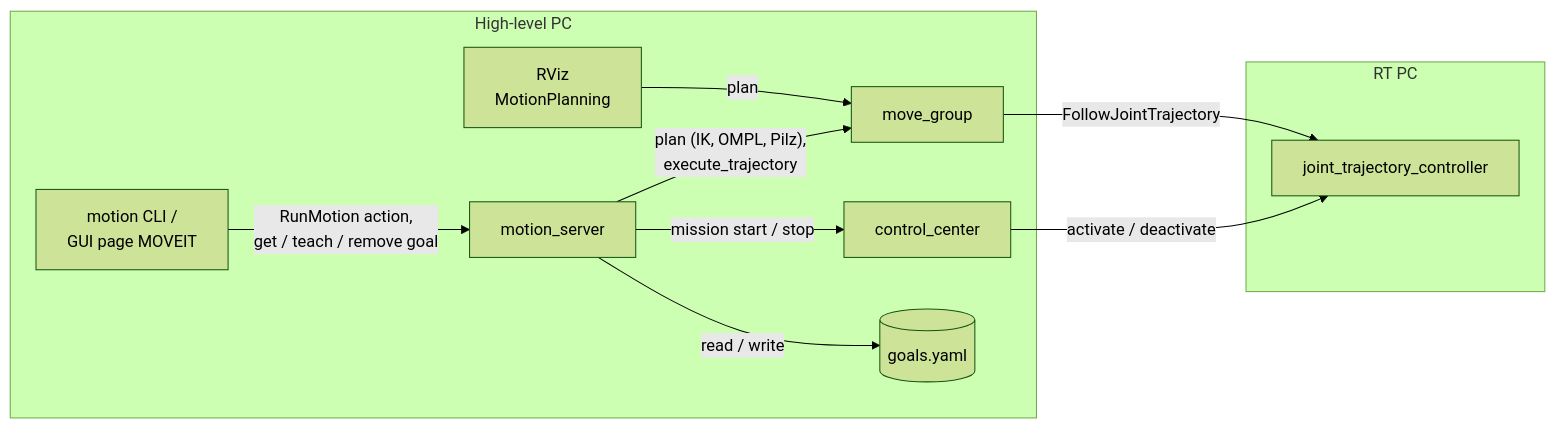
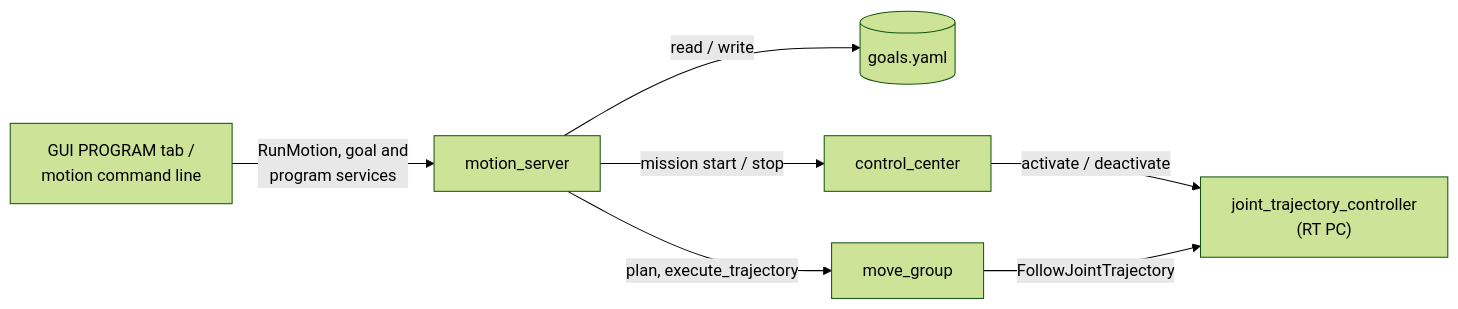
One commit to ruben01egle/robotarm_core changed the diagram in src/robotarm_motion/README.md. Above: the diagram before and after it, drawn with Mermaid (forest theme). The commit also changed other lines of this file and 3 other files, not shown here.

First line of the commit message:
Rewrite the MoveIt and robotarm_motion READMEs as short references

````diff
--- a/src/robotarm_motion/README.md
+++ b/src/robotarm_motion/README.md
@@ -31,21 +24,9 @@
 ```mermaid
 flowchart LR
-    subgraph HL["High-level PC"]
-        CLI["motion CLI /<br/>GUI page MOVEIT"]
-        RVIZ["RViz<br/>MotionPlanning"]
-        MS["motion_server"]
-        MG["move_group"]
-        CC["control_center"]
-        GOALS[("goals.yaml")]
-    end
-    subgraph RT["RT PC"]
-        JTC["joint_trajectory_controller"]
-    end
-    CLI -- "RunMotion action,<br/>get / teach / remove goal" --> MS
-    MS -- "read / write" --> GOALS
-    MS -- "plan (IK, OMPL, Pilz),<br/>execute_trajectory" --> MG
-    RVIZ -- "plan" --> MG
-    MS -- "mission start / stop" --> CC
-    CC -- "activate / deactivate" --> JTC
+    CLIENT["GUI PROGRAM tab /<br/>motion command line"] -- "RunMotion, goal and<br/>program services" --> MS["motion_server"]
+    MS -- "read / write" --> GOALS[("goals.yaml")]
+    MS -- "plan, execute_trajectory" --> MG["move_group"]
+    MS -- "mission start / stop" --> CC["control_center"]
+    CC -- "activate / deactivate" --> JTC["joint_trajectory_controller<br/>(RT PC)"]
     MG -- "FollowJointTrajectory" --> JTC
 ```
````
